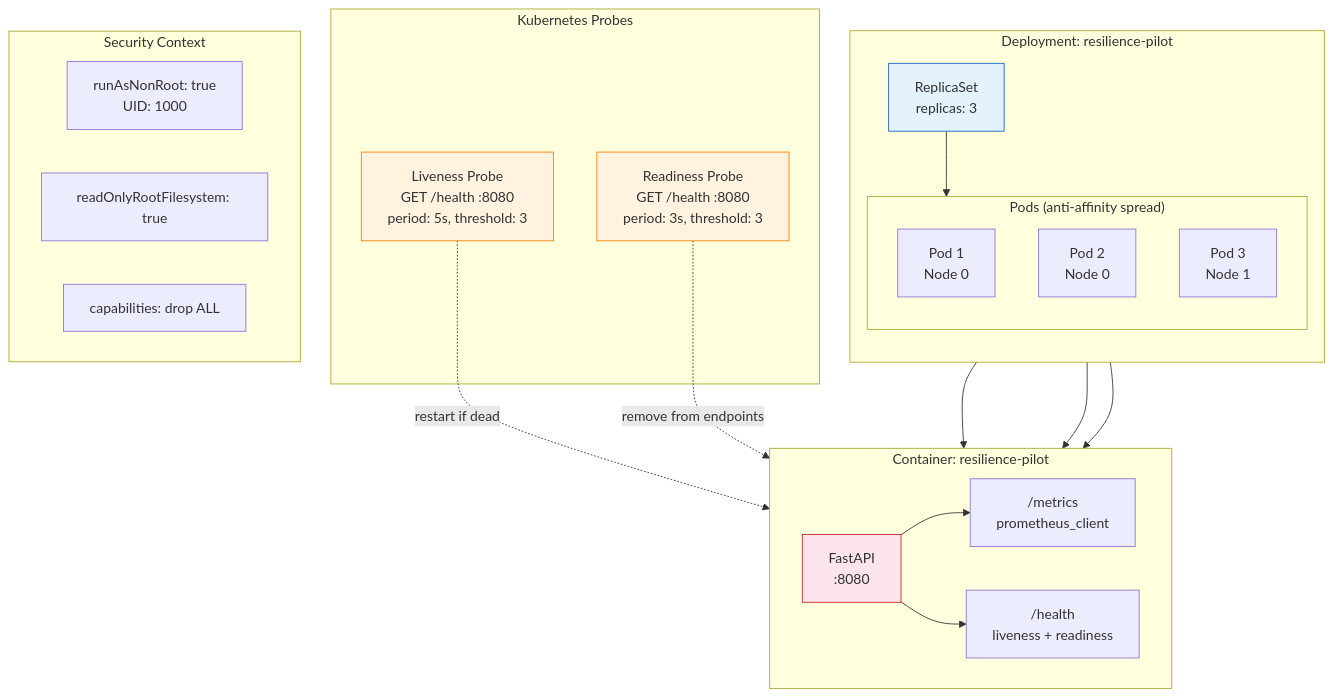
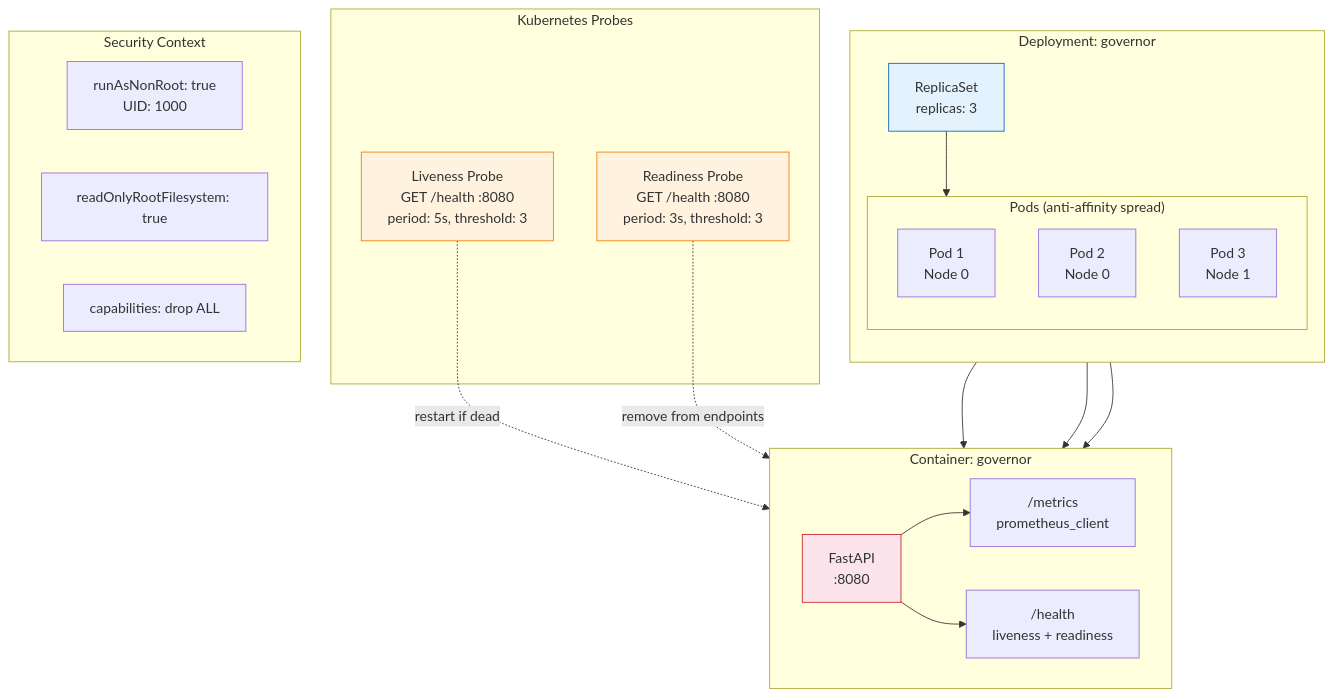
Before and after one commit to AngelP17/Governor: the second of 13 diagrams in docs/architecture.md, drawn with Mermaid. The commit also changed other lines of this file and 64 other files, not shown here.

````diff
--- a/docs/architecture.md
+++ b/docs/architecture.md
@@ -76,45 +76,45 @@
 ```mermaid
 flowchart TB
-    subgraph Deploy["Deployment: resilience-pilot"]
+    subgraph Deploy["Deployment: governor"]
         direction TB
         RS["ReplicaSet<br/>replicas: 3"]
 
         subgraph Pods["Pods (anti-affinity spread)"]
             P1["Pod 1<br/>Node 0"]
             P2["Pod 2<br/>Node 0"]
             P3["Pod 3<br/>Node 1"]
         end
 
         RS --> Pods
     end
 
-    subgraph Container["Container: resilience-pilot"]
+    subgraph Container["Container: governor"]
         APP["FastAPI<br/>:8080"]
         METRICS["/metrics<br/>prometheus_client"]
         HEALTH["/health<br/>liveness + readiness"]
         APP --> METRICS
         APP --> HEALTH
     end
 
     subgraph Probes["Kubernetes Probes"]
         LP["Liveness Probe<br/>GET /health :8080<br/>period: 5s, threshold: 3"]
         RP["Readiness Probe<br/>GET /health :8080<br/>period: 3s, threshold: 3"]
     end
 
     subgraph Security["Security Context"]
         NONROOT["runAsNonRoot: true<br/>UID: 1000"]
         ROFS["readOnlyRootFilesystem: true"]
         NODROP["capabilities: drop ALL"]
     end
 
     P1 --> Container
     P2 --> Container
     P3 --> Container
     LP -.->|"restart if dead"| Container
     RP -.->|"remove from endpoints"| Container
 
     style RS fill:#e3f2fd,stroke:#1565c0
     style APP fill:#fce4ec,stroke:#c62828
     style LP fill:#fff3e0,stroke:#f57c00
     style RP fill:#fff3e0,stroke:#f57c00
 ```
````
